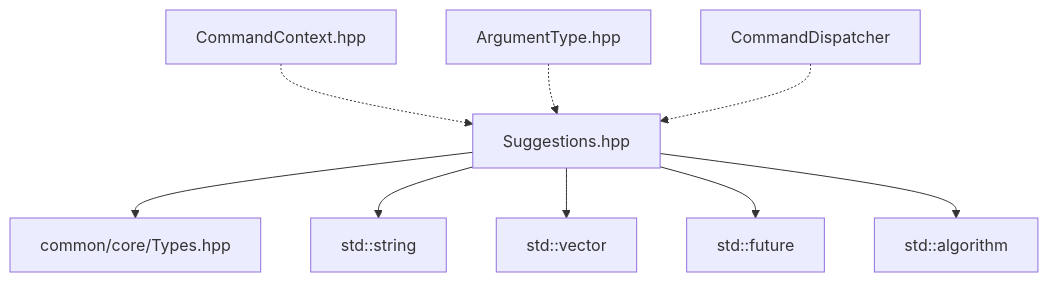
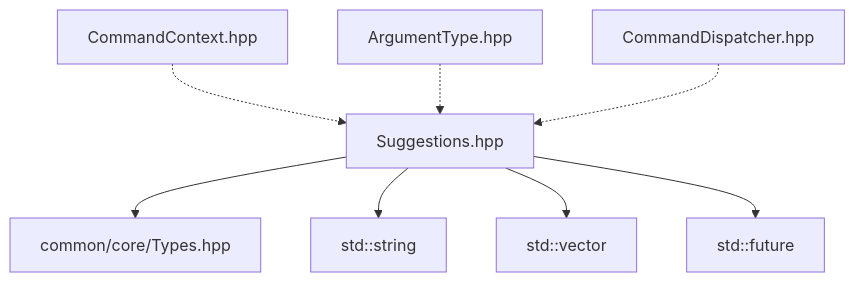
One commit to g122622/Cubium changed the second of 2 diagrams in src/common/command/suggestions/README.md. Above: the diagram before and after it, drawn with Mermaid. The commit also changed other lines of this file and 298 other files, not shown here.

````diff
--- a/src/common/command/suggestions/README.md
+++ b/src/common/command/suggestions/README.md
@@ -206,12 +78,11 @@
 ```mermaid
 graph TD
     A[Suggestions.hpp] --> B[common/core/Types.hpp]
     A --> C[std::string]
     A --> D[std::vector]
     A --> E[std::future]
-    A --> F[std::algorithm]
 
     G[CommandContext.hpp] -.-> A
     H[ArgumentType.hpp] -.-> A
-    I[CommandDispatcher] -.-> A
+    I[CommandDispatcher.hpp] -.-> A
 ```
````
